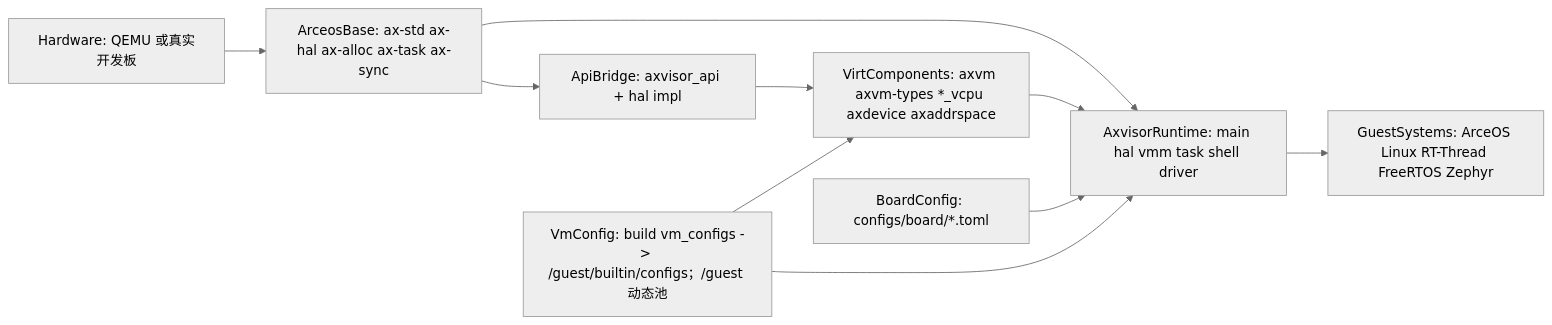
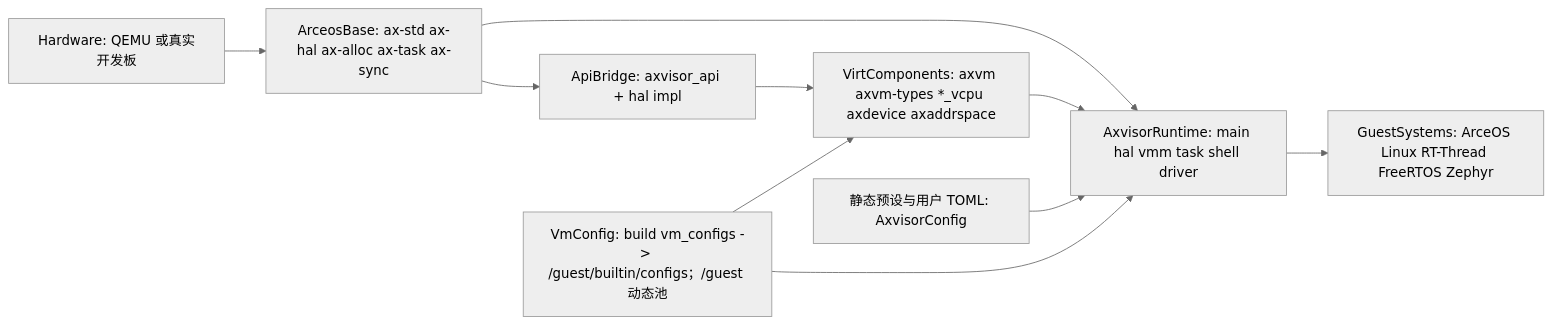
One commit to rcore-os/tgoskits changed the first of 5 diagrams in docs/docs/architecture/axvisor/overview.md. Above: the diagram before and after it, drawn with Mermaid (neutral theme). The commit also changed other lines of this file and 17 other files, not shown here.

````diff
--- a/docs/docs/architecture/axvisor/overview.md
+++ b/docs/docs/architecture/axvisor/overview.md
@@ -28,21 +28,21 @@
 ```mermaid
 flowchart LR
     hardware["Hardware: QEMU 或真实开发板"]
     arceosBase["ArceosBase: ax-std ax-hal ax-alloc ax-task ax-sync"]
     virtComponents["VirtComponents: axvm axvm-types *_vcpu axdevice axaddrspace"]
     apiBridge["ApiBridge: axvisor_api + hal impl"]
     axvisorRuntime["AxvisorRuntime: main hal vmm task shell driver"]
     guestSystems["GuestSystems: ArceOS Linux RT-Thread FreeRTOS Zephyr"]
-    boardConfig["BoardConfig: configs/board/*.toml"]
+    boardConfig["静态预设与用户 TOML: AxvisorConfig"]
     vmConfig["VmConfig: build vm_configs -> /guest/builtin/configs；/guest 动态池"]
 
     hardware --> arceosBase
     arceosBase --> apiBridge
     arceosBase --> axvisorRuntime
     virtComponents --> axvisorRuntime
     apiBridge --> virtComponents
     axvisorRuntime --> guestSystems
     boardConfig --> axvisorRuntime
     vmConfig --> axvisorRuntime
     vmConfig --> virtComponents
 ```
````
